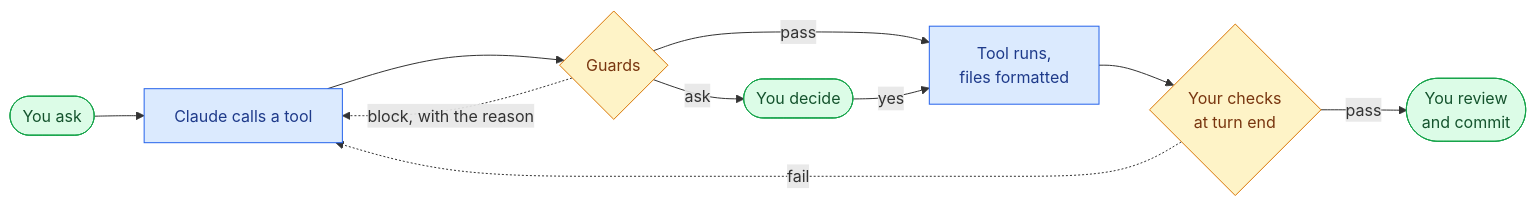
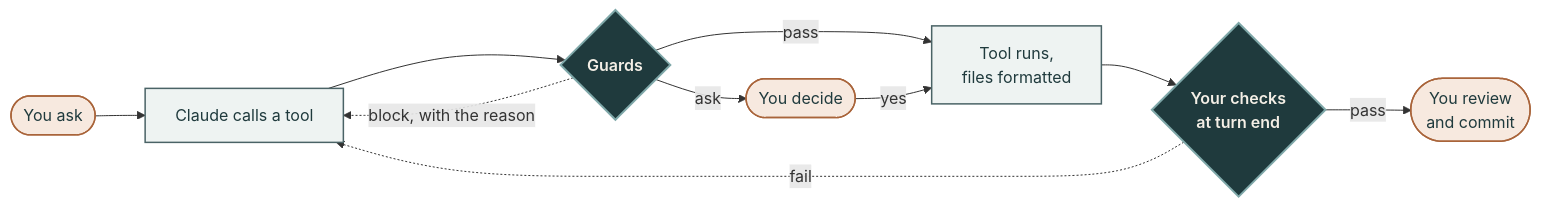
The diagram in README.md (ku5ic/claude-kit), drawn with Mermaid before and after one commit. The commit also changed other lines of this file and 46 other files, not shown here.

````diff
--- a/README.md
+++ b/README.md
@@ -20,16 +25,16 @@
 ```mermaid
 flowchart LR
     ask([You ask]):::you --> tool[Claude calls a tool]:::claude
     tool --> guards{Guards}:::kit
     guards -->|pass| runs[Tool runs,<br/>files formatted]:::claude
     guards -->|ask| decide([You decide]):::you
     decide -->|yes| runs
     guards -.->|block, with the reason| tool
     runs --> checks{Your checks<br/>at turn end}:::kit
     checks -.->|fail| tool
     checks -->|pass| review([You review<br/>and commit]):::you
 
-    classDef you fill:#dcfce7,stroke:#16a34a,color:#14532d
-    classDef claude fill:#dbeafe,stroke:#2563eb,color:#1e3a8a
-    classDef kit fill:#fef3c7,stroke:#d97706,color:#78350f
+    classDef you fill:#F7E9DF,stroke:#A9643A,stroke-width:1.5px,color:#1F3A3D
+    classDef claude fill:#EEF3F2,stroke:#4A6366,stroke-width:1.5px,color:#1F3A3D
+    classDef kit fill:#1F3A3D,stroke:#7FA8A9,stroke-width:2px,color:#F4EFE6,font-weight:600
 ```
````
